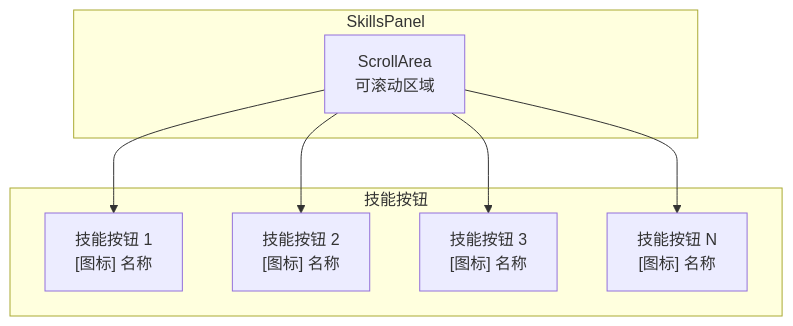
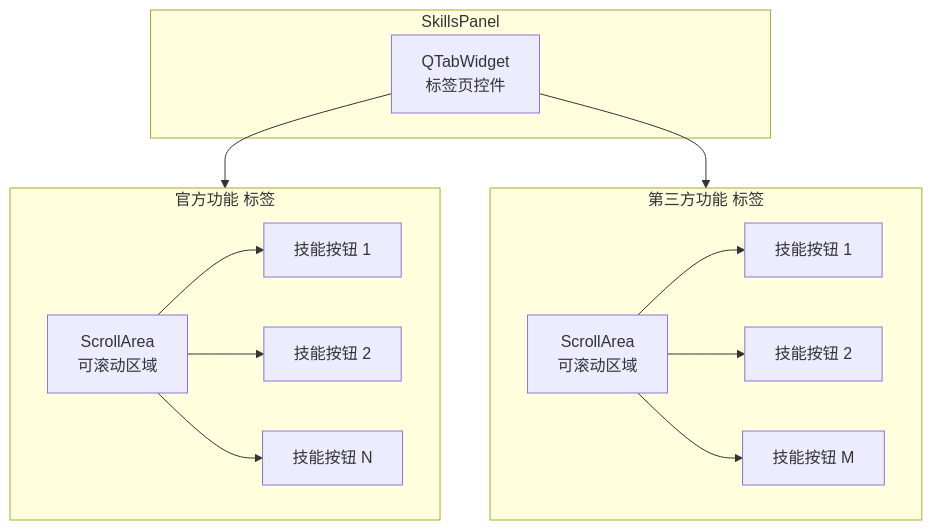
One commit to KKPIP-Tech/InstructionX changed the diagram in docs/ui/skills-panel.md. Above: the diagram before and after it, drawn with Mermaid. The commit also changed other lines of this file and 2 other files, not shown here.

````diff
--- a/docs/ui/skills-panel.md
+++ b/docs/ui/skills-panel.md
@@ -17,18 +17,29 @@
 ```mermaid
 graph TB
     subgraph SkillsPanel["SkillsPanel"]
-        SA[ScrollArea<br/>可滚动区域]
+        TW[QTabWidget<br/>标签页控件]
     end
 
-    subgraph Buttons["技能按钮"]
-        B1["技能按钮 1<br/>[图标] 名称"]
-        B2["技能按钮 2<br/>[图标] 名称"]
-        B3["技能按钮 3<br/>[图标] 名称"]
-        B4["技能按钮 N<br/>[图标] 名称"]
+    subgraph Tab1["官方功能 标签"]
+        SA1[ScrollArea<br/>可滚动区域]
+        B1["技能按钮 1"]
+        B2["技能按钮 2"]
+        B3["技能按钮 N"]
+        SA1 --> B1
+        SA1 --> B2
+        SA1 --> B3
     end
 
-    SA --> B1
-    SA --> B2
-    SA --> B3
-    SA --> B4
+    subgraph Tab2["第三方功能 标签"]
+        SA2[ScrollArea<br/>可滚动区域]
+        C1["技能按钮 1"]
+        C2["技能按钮 2"]
+        C3["技能按钮 M"]
+        SA2 --> C1
+        SA2 --> C2
+        SA2 --> C3
+    end
+
+    TW --> Tab1
+    TW --> Tab2
 ```
````
